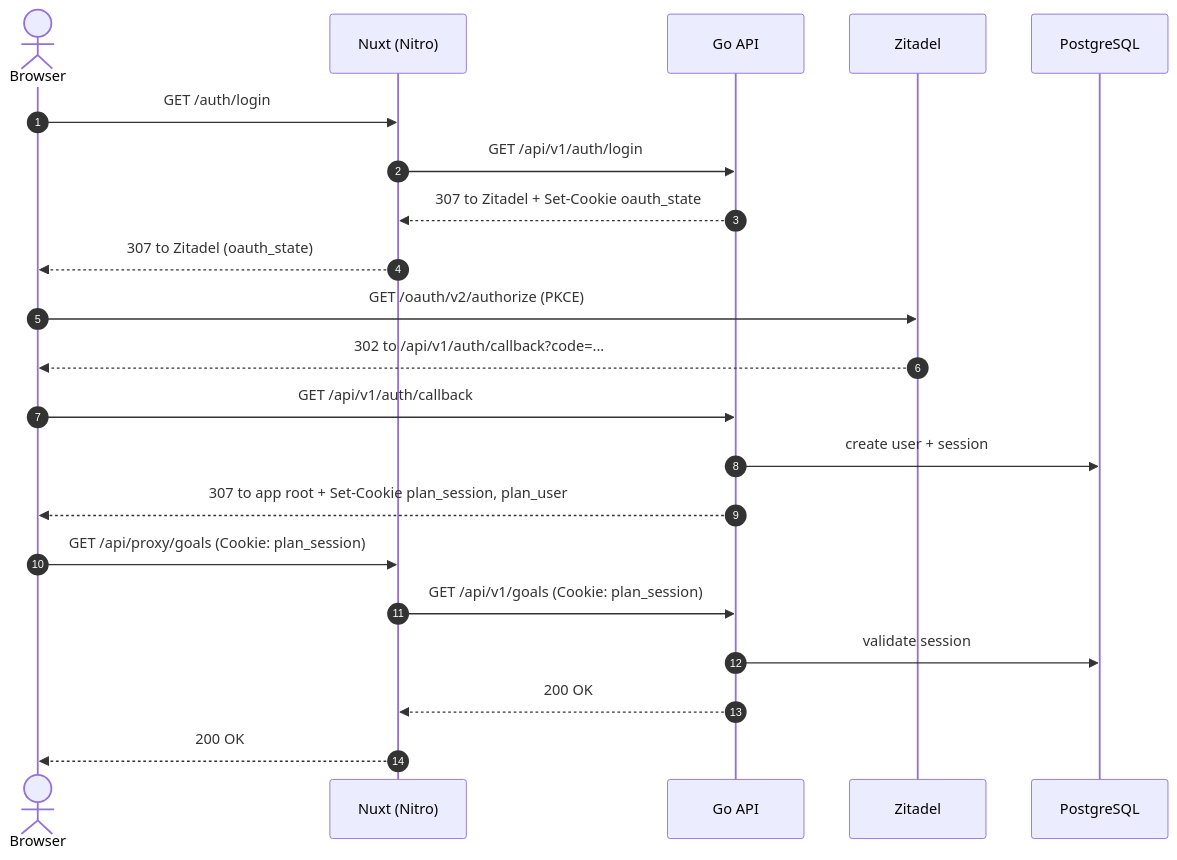
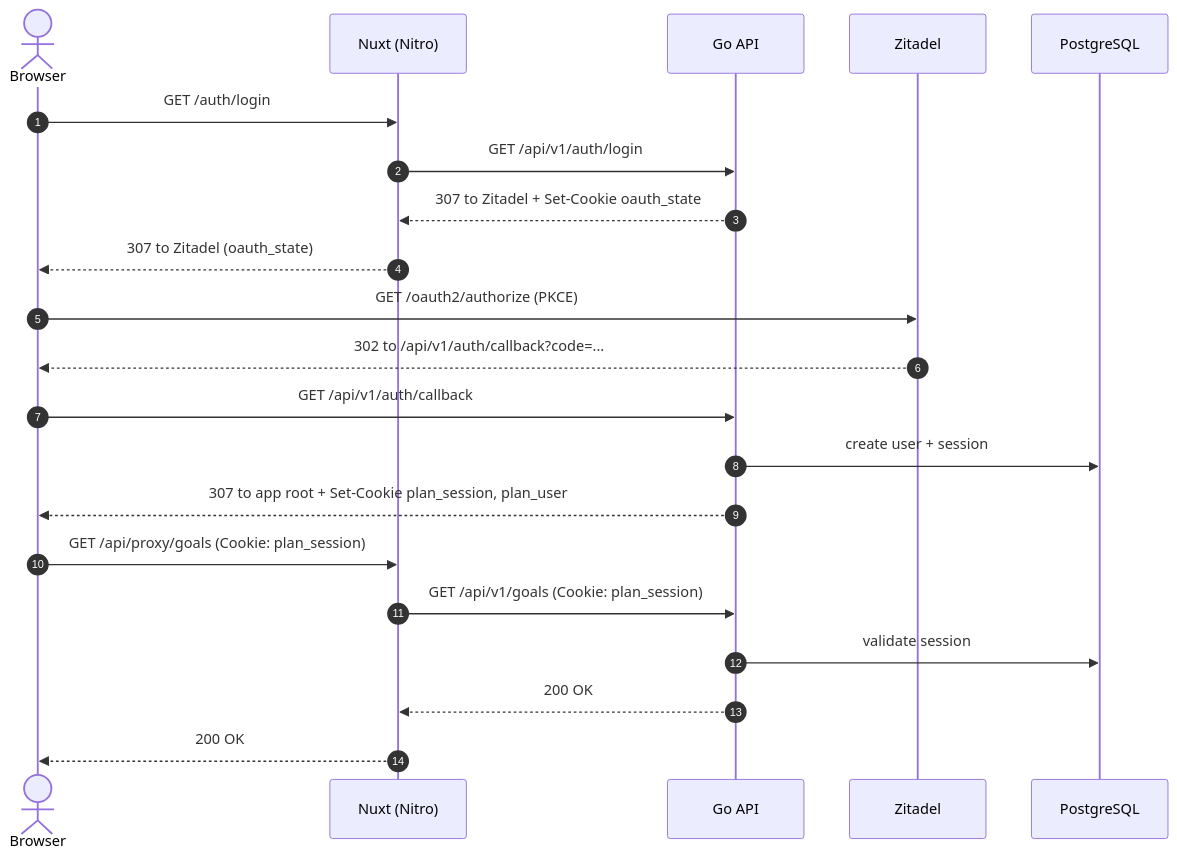
The first of 3 diagrams in README.md (simonbrundin/plan), drawn with Mermaid before and after one commit. The commit also changed other lines of this file, not shown here.

````diff
--- a/README.md
+++ b/README.md
@@ -18,24 +49,24 @@
 ```mermaid
 sequenceDiagram
     autonumber
     actor B as Browser
     participant N as Nuxt (Nitro)
     participant G as Go API
     participant Z as Zitadel
     participant D as PostgreSQL
 
     B->>N: GET /auth/login
     N->>G: GET /api/v1/auth/login
     G-->>N: 307 to Zitadel + Set-Cookie oauth_state
     N-->>B: 307 to Zitadel (oauth_state)
-    B->>Z: GET /oauth/v2/authorize (PKCE)
+    B->>Z: GET /oauth2/authorize (PKCE)
     Z-->>B: 302 to /api/v1/auth/callback?code=...
     B->>G: GET /api/v1/auth/callback
     G->>D: create user + session
     G-->>B: 307 to app root + Set-Cookie plan_session, plan_user
     B->>N: GET /api/proxy/goals (Cookie: plan_session)
     N->>G: GET /api/v1/goals (Cookie: plan_session)
     G->>D: validate session
     G-->>N: 200 OK
     N-->>B: 200 OK
 ```
````
